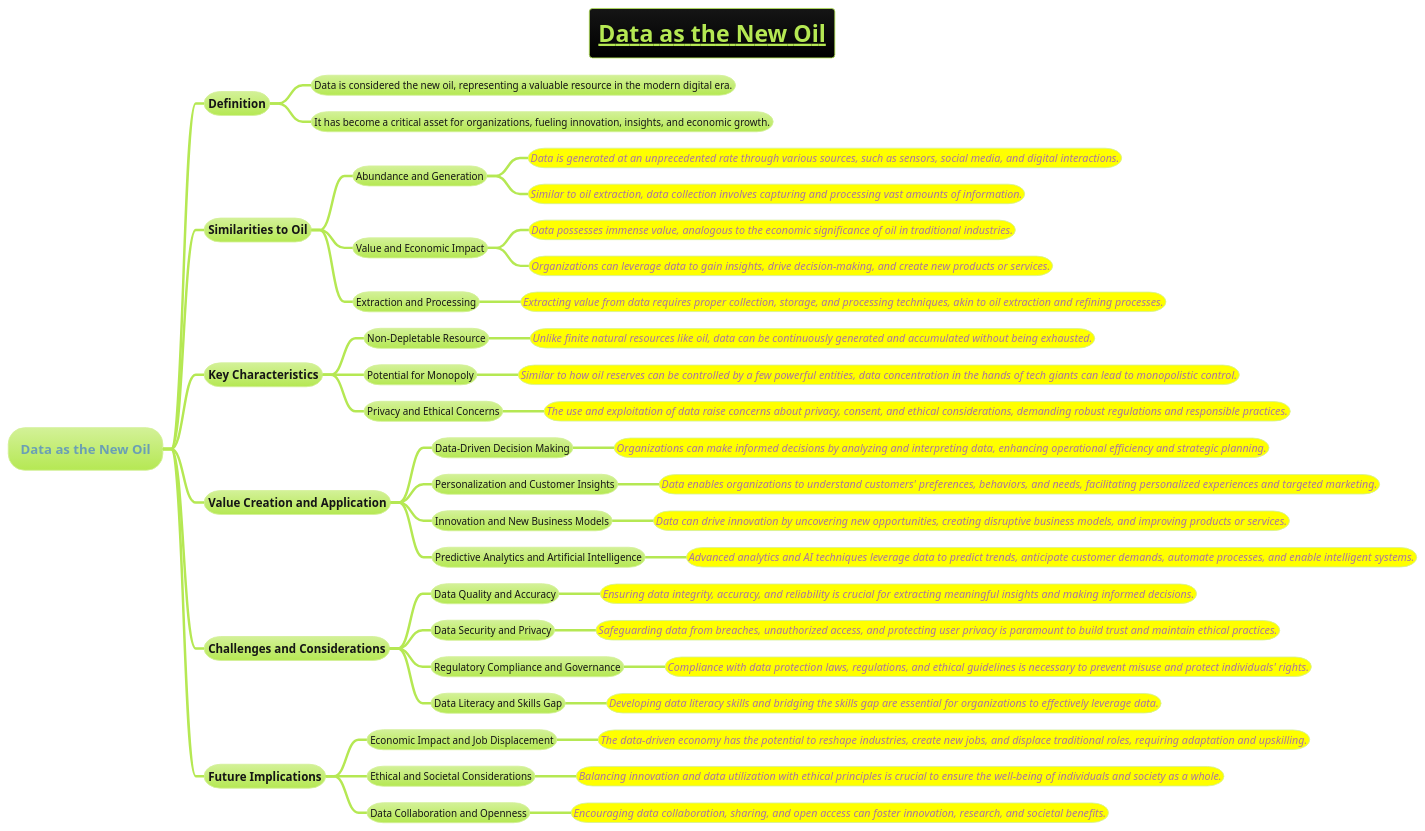
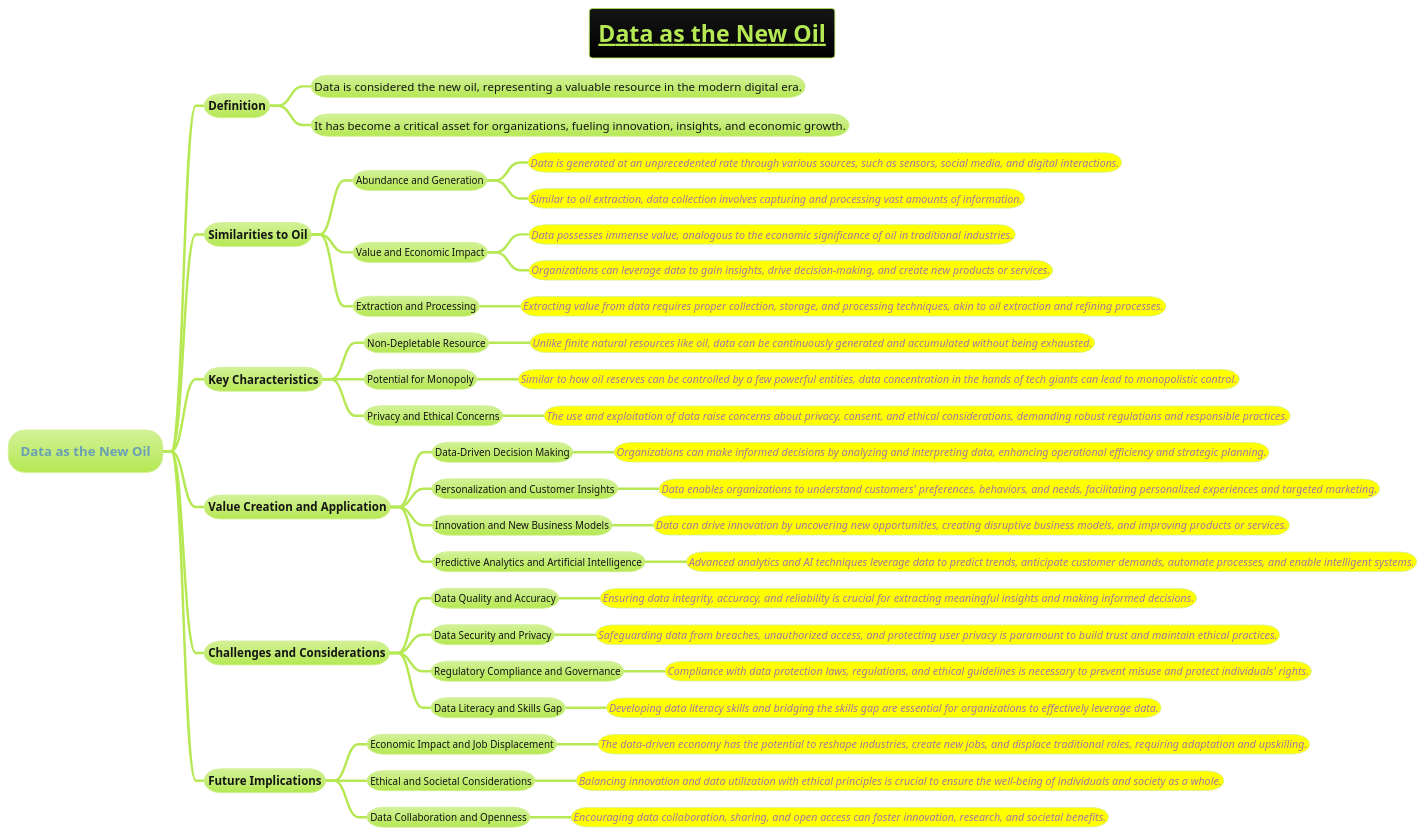
One commit to MehmoodHashmi/Documentation-as-Code-DaC changed the diagram in docs/AI-ML- DL-Data-Science-and-BigData/data-science/data-engineering/Data-as-the-New-Oil.puml. Above: the diagram before and after it, drawn with PlantUML. The commit also changed 1 other file, not shown here.

```diff
--- a/docs/AI-ML- DL-Data-Science-and-BigData/data-science/data-engineering/Data-as-the-New-Oil.puml
+++ b/docs/AI-ML- DL-Data-Science-and-BigData/data-science/data-engineering/Data-as-the-New-Oil.puml
@@ -1,67 +1,67 @@
 @startmindmap
 title =__Data as the New Oil__
 !theme hacker
 * Data as the New Oil
 ** Definition
-*** Data is considered the new oil, representing a valuable resource in the modern digital era.
-*** It has become a critical asset for organizations, fueling innovation, insights, and economic growth.
+*** <size:14>Data is considered the new oil, representing a valuable resource in the modern digital era.
+*** <size:14>It has become a critical asset for organizations, fueling innovation, insights, and economic growth.
 
 ** Similarities to Oil
 *** Abundance and Generation
 ****[#yellow] ====<size:13>Data is generated at an unprecedented rate through various sources, such as sensors, social media, and digital interactions.
 ****[#yellow] ====<size:13>Similar to oil extraction, data collection involves capturing and processing vast amounts of information.
 
 *** Value and Economic Impact
 ****[#yellow] ====<size:13>Data possesses immense value, analogous to the economic significance of oil in traditional industries.
 ****[#yellow] ====<size:13>Organizations can leverage data to gain insights, drive decision-making, and create new products or services.
 
 *** Extraction and Processing
 ****[#yellow] ====<size:13>Extracting value from data requires proper collection, storage, and processing techniques, akin to oil extraction and refining processes.
 
 ** Key Characteristics
 *** Non-Depletable Resource
 ****[#yellow] ====<size:13>Unlike finite natural resources like oil, data can be continuously generated and accumulated without being exhausted.
 
 *** Potential for Monopoly
 ****[#yellow] ====<size:13>Similar to how oil reserves can be controlled by a few powerful entities, data concentration in the hands of tech giants can lead to monopolistic control.
 
 *** Privacy and Ethical Concerns
 ****[#yellow] ====<size:13>The use and exploitation of data raise concerns about privacy, consent, and ethical considerations, demanding robust regulations and responsible practices.
 
 ** Value Creation and Application
 *** Data-Driven Decision Making
 ****[#yellow] ====<size:13>Organizations can make informed decisions by analyzing and interpreting data, enhancing operational efficiency and strategic planning.
 
 *** Personalization and Customer Insights
 ****[#yellow] ====<size:13>Data enables organizations to understand customers' preferences, behaviors, and needs, facilitating personalized experiences and targeted marketing.
 
 *** Innovation and New Business Models
 ****[#yellow] ====<size:13>Data can drive innovation by uncovering new opportunities, creating disruptive business models, and improving products or services.
 
 *** Predictive Analytics and Artificial Intelligence
 ****[#yellow] ====<size:13>Advanced analytics and AI techniques leverage data to predict trends, anticipate customer demands, automate processes, and enable intelligent systems.
 
 ** Challenges and Considerations
 *** Data Quality and Accuracy
 ****[#yellow] ====<size:13>Ensuring data integrity, accuracy, and reliability is crucial for extracting meaningful insights and making informed decisions.
 
 *** Data Security and Privacy
 ****[#yellow] ====<size:13>Safeguarding data from breaches, unauthorized access, and protecting user privacy is paramount to build trust and maintain ethical practices.
 
 *** Regulatory Compliance and Governance
 ****[#yellow] ====<size:13>Compliance with data protection laws, regulations, and ethical guidelines is necessary to prevent misuse and protect individuals' rights.
 
 *** Data Literacy and Skills Gap
 ****[#yellow] ====<size:13>Developing data literacy skills and bridging the skills gap are essential for organizations to effectively leverage data.
 
 ** Future Implications
 *** Economic Impact and Job Displacement
 ****[#yellow] ====<size:13>The data-driven economy has the potential to reshape industries, create new jobs, and displace traditional roles, requiring adaptation and upskilling.
 
 *** Ethical and Societal Considerations
 ****[#yellow] ====<size:13>Balancing innovation and data utilization with ethical principles is crucial to ensure the well-being of individuals and society as a whole.
 
 *** Data Collaboration and Openness
 ****[#yellow] ====<size:13>Encouraging data collaboration, sharing, and open access can foster innovation, research, and societal benefits.
 
 @endmindmap
```
